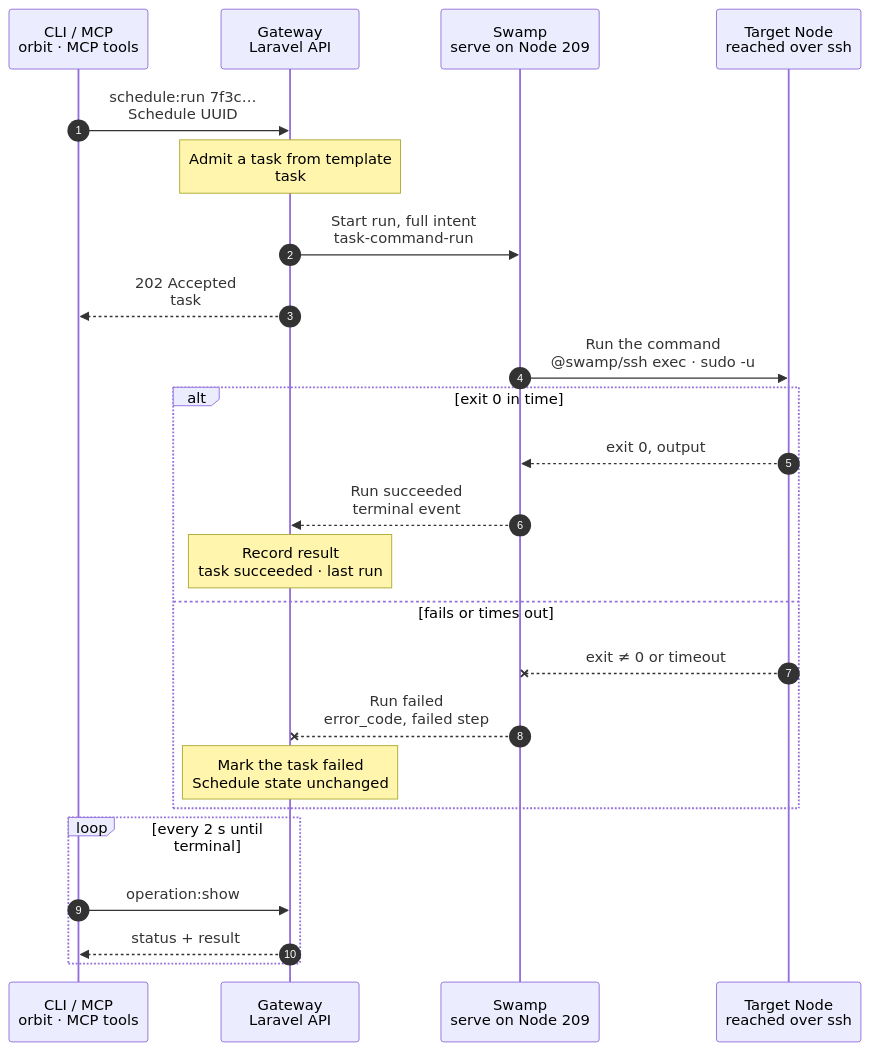
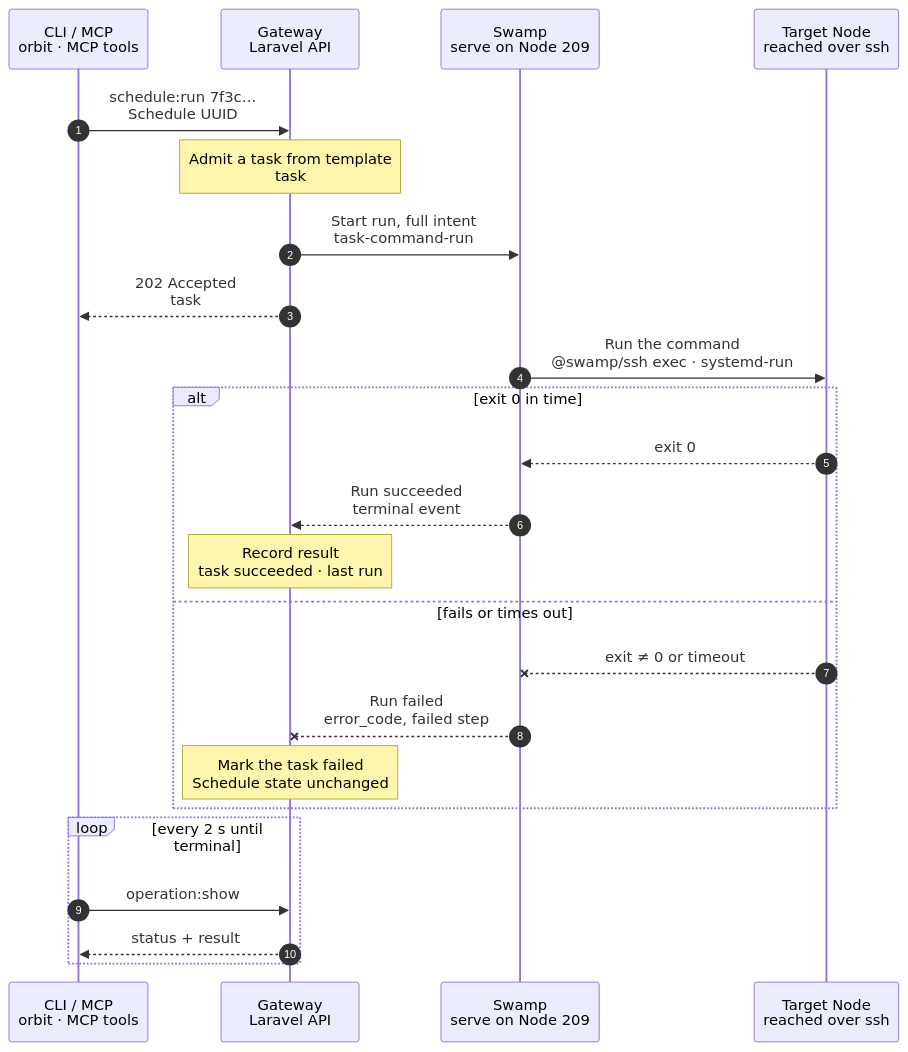
The diagram in docs/cli/schedule/run.mmd (hardimpactdev/orbit), drawn with Mermaid before and after one commit. The commit also changed 2 other files, not shown here.

Commit message:
test(schedules): prove manual run preserves a disabled native trigger

```diff
--- a/docs/cli/schedule/run.mmd
+++ b/docs/cli/schedule/run.mmd
@@ -1,94 +1,94 @@
 sequenceDiagram
   %% Target design: ADR 0244 one task system, native Swamp schedules; DECISIONS Schedules (Nick 2026-11-02), R2-R4.
   %% Tightened: flow-tighten 2026-11-02, rules 5, 14, 15, 22 (no check script, no report step; context enforced by the transient unit).
   %% status: migrated
   %% command: schedule:run
   %% kind: schedule.run
   autonumber
   %% lane CLI icon=terminal pill=caller tone=gray
   %% lane GW icon=gateway pill=intent tone=blue
   %% lane SW icon=workflow pill=executes tone=green
   %% lane N icon=server pill=target tone=amber
   participant CLI as CLI / MCP<br/>orbit · MCP tools
   participant GW as Gateway<br/>Laravel API
   participant SW as Swamp<br/>serve on Node 209
   participant N as Target Node<br/>reached over ssh
   CLI->>GW: schedule:run 7f3c…<br/>Schedule UUID
   %%> Command:
   %%> - `orbit schedule:run 7f3c9a2e-41d0-4b8a-9c11-2f6e0d5b7a10`
   %%> - syntax: `<uuid> [--idempotency-key=KEY] [--json]`
   %%> Input:
   %%> - the UUID of the Schedule, as `schedule:list` shows it
   %%> Not changed:
   %%> - the Schedule's timing; the next calendar fire stays as it was
   %%> - an enabled Schedule stays enabled, and a disabled one stays disabled
   Note over GW: Admit a task from template<br/>task #5140 · trigger: operator
   %%> Requirements:
   %%> - your Node has an access grant to Node 12, which runs Instance 42
   %%> - Schedule 7f3c… is active, enabled or disabled
   %%> - Instance 42 is still on Node 12
   %%> - the Schedule still targets the recorded Node, user and working directory
   %%> Result:
   %%> - task #5140 recorded from the Schedule's template, with trigger `operator`
   %%> - the same intent a calendar fire gets: user, working directory, shell, timeout and command
   GW->>SW: Start run, full intent<br/>task-command-run
   %%> What it does:
   %%> - starts one root run of `task-command-run` on serve (Node 209), the workflow each calendar fire of `schedule-7f3c…` runs nested
   %%> Why not `schedule-7f3c…` itself:
   %%> - its inputs are fixed and carry no task number; the task's own run carries it, so the Gateway projects it like any task
   %%> - every root run of `schedule-7f3c…` is then a calendar fire
   %%> Inputs:
   %%> - Node 12's address and SSH host keys; the SSH identity comes from the `swamp` role
   %%> - the user, the working directory, the shell and the timeout
   %%> - the command's vault key name, never the command (R3)
   GW-->>CLI: 202 Accepted<br/>task #5140
   %%> What you get:
   %%> - the task number, at once
   %%> Next:
   %%> - the CLI follows the task with `operation:show`
-  SW->>N: Run the command<br/>@swamp/ssh exec · sudo -u
+  SW->>N: Run the command<br/>@swamp/ssh exec · systemd-run
   %%> How:
   %%> - one `@swamp/ssh exec`: `sudo systemd-run --uid=<user> --wait --pipe --collect` with the admitted directory and timeout
   %%> - reads the command with `vault.get` and sends it to Node 12 on stdin, never in argv; systemd-cat journals output on the Node
   %%> Runs as:
   %%> - the Schedule's user, in its working directory, with its shell
   %%> - production Instances resolve `current` at start, so a new release changes later runs
   %%> Timeout:
   %%> - the Schedule's timeout is the run's time budget
   alt exit 0 in time
-    N-->>SW: exit 0, output
+    N-->>SW: exit 0
     %%> Returns:
-    %%> - the exit code; the output stays in the Swamp step
+    %%> - the exit code; command output stays in the Node journal
     SW-->>GW: Run succeeded<br/>terminal event
     %%> How the Gateway learns it:
     %%> - its shared run reader sees the terminal event; Swamp never calls the Gateway
     Note over GW: Record result<br/>task succeeded · last run
     %%> Result:
     %%> - task #5140 succeeds
     %%> - `last_run_at` and `last_run_status` of Schedule 7f3c… are set
   else fails or times out
     N--xSW: exit ≠ 0 or timeout
     %%> When:
     %%> - SSH fails, `sudo` or `cd` fails, the command exits non-zero, or it runs past its timeout
     %%> How:
     %%> - the step ends the run with its own exit code; there is no report step
     SW--xGW: Run failed<br/>error_code, failed step
     %%> The Gateway reads:
     %%> - the exit code, mapped to `schedule.run_failed`; the failed step preserves native setup or transport diagnostics
     Note over GW: Mark the task failed<br/>Schedule state unchanged
     %%> Result:
     %%> - task #5140 fails; the Schedule's last run is marked as an error
     %%> - the Schedule itself and its trigger stay as they were
     %%> On the Node:
     %%> - whatever the command changed before it failed stays; Orbit does not roll it back
     %%> Retry:
     %%> - run `schedule:run` again after fixing the cause; it is a new task
   end
   loop every 2 s until terminal
     CLI->>GW: operation:show #5140
     %%> What it does:
     %%> - asks for the task's status every 2 seconds until it has ended
     GW-->>CLI: status + result
     %%> Returns:
     %%> - the current status, and the result once the task has ended
   end
```
